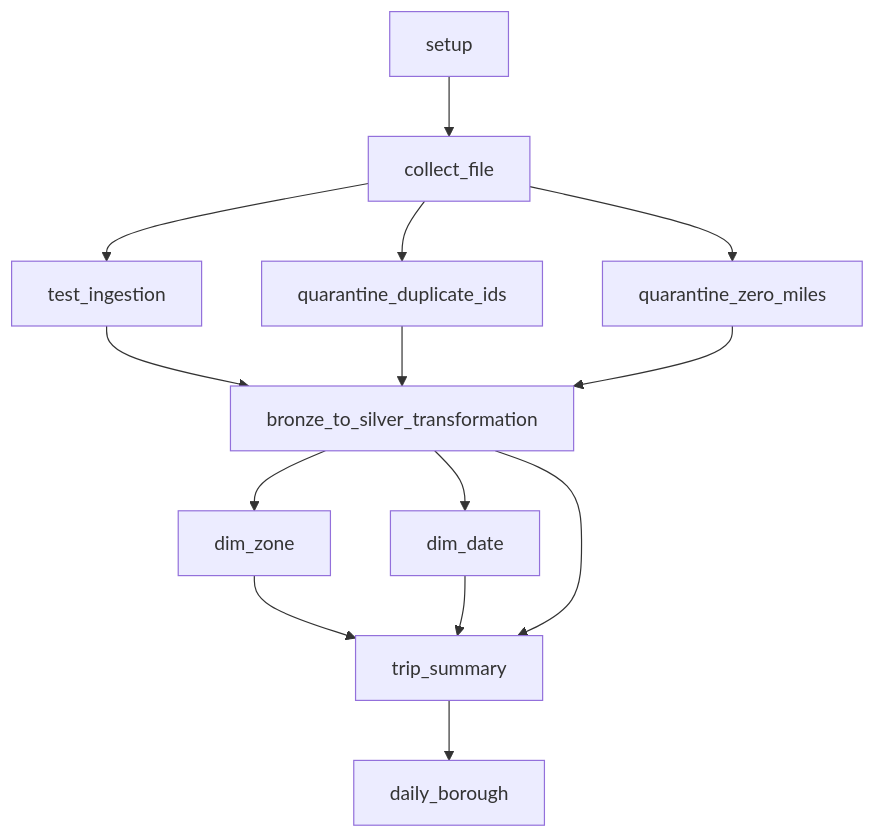
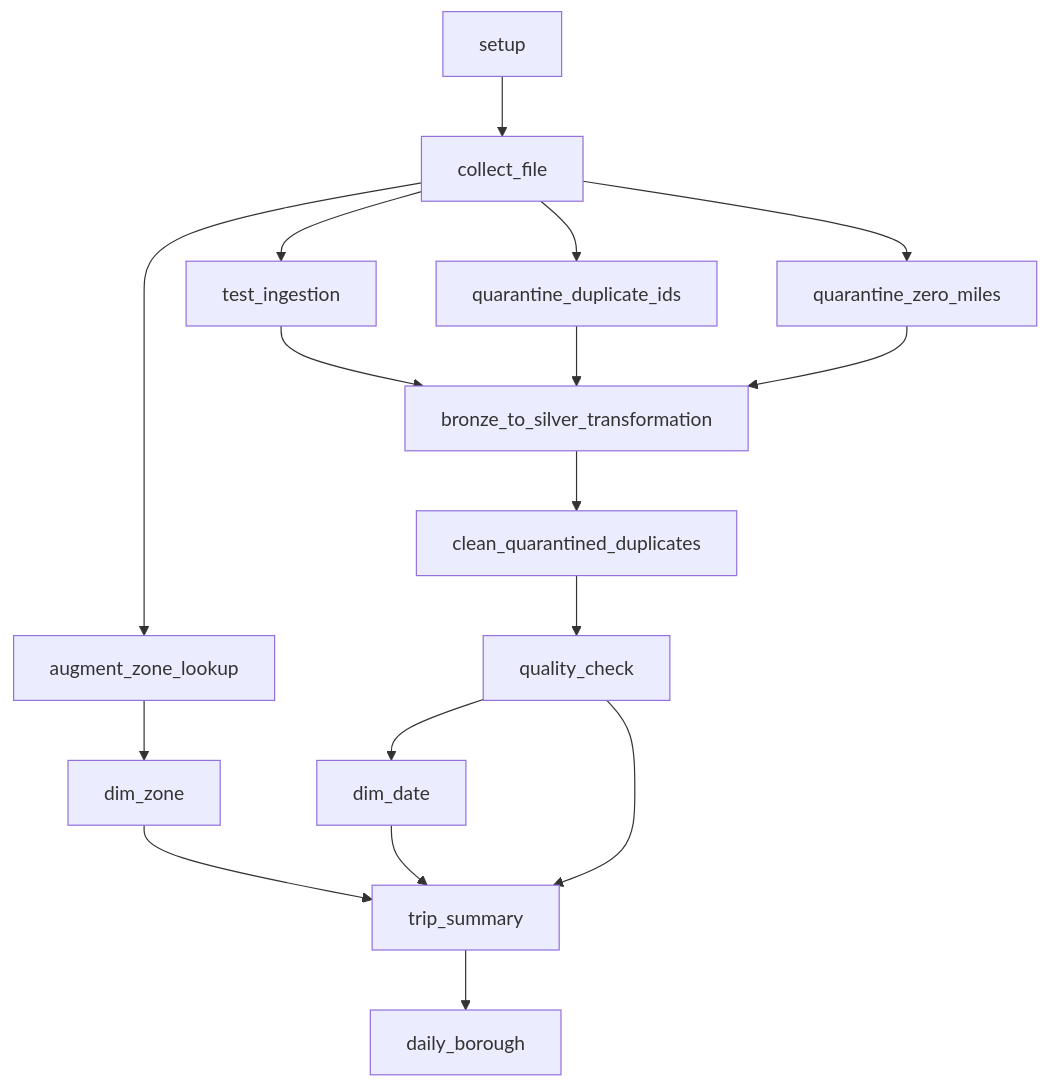
One commit to Hamza-Bouali/NYC-DATABRICKS changed the third of 3 diagrams in ARCHITECTURE.md. Above: the diagram before and after it, drawn with Mermaid. The commit also changed other lines of this file and 11 other files, not shown here.

````diff
--- a/ARCHITECTURE.md
+++ b/ARCHITECTURE.md
@@ -92,16 +93,19 @@
 ```mermaid
 flowchart TD
     Setup["setup"] --> Collect["collect_file"]
     Collect --> Test["test_ingestion"]
     Collect --> Dupes["quarantine_duplicate_ids"]
     Collect --> Zero["quarantine_zero_miles"]
+    Collect --> Lookup["augment_zone_lookup"]
     Test --> Silver["bronze_to_silver_transformation"]
     Dupes --> Silver
     Zero --> Silver
-    Silver --> Zone["dim_zone"]
-    Silver --> Date["dim_date"]
+    Silver --> Clean["clean_quarantined_duplicates"]
+    Clean --> Quality["quality_check"]
+    Lookup --> Zone["dim_zone"]
+    Quality --> Date["dim_date"]
     Zone --> Summary["trip_summary"]
     Date --> Summary
-    Silver --> Summary
+    Quality --> Summary
     Summary --> Borough["daily_borough"]
 ```
````
